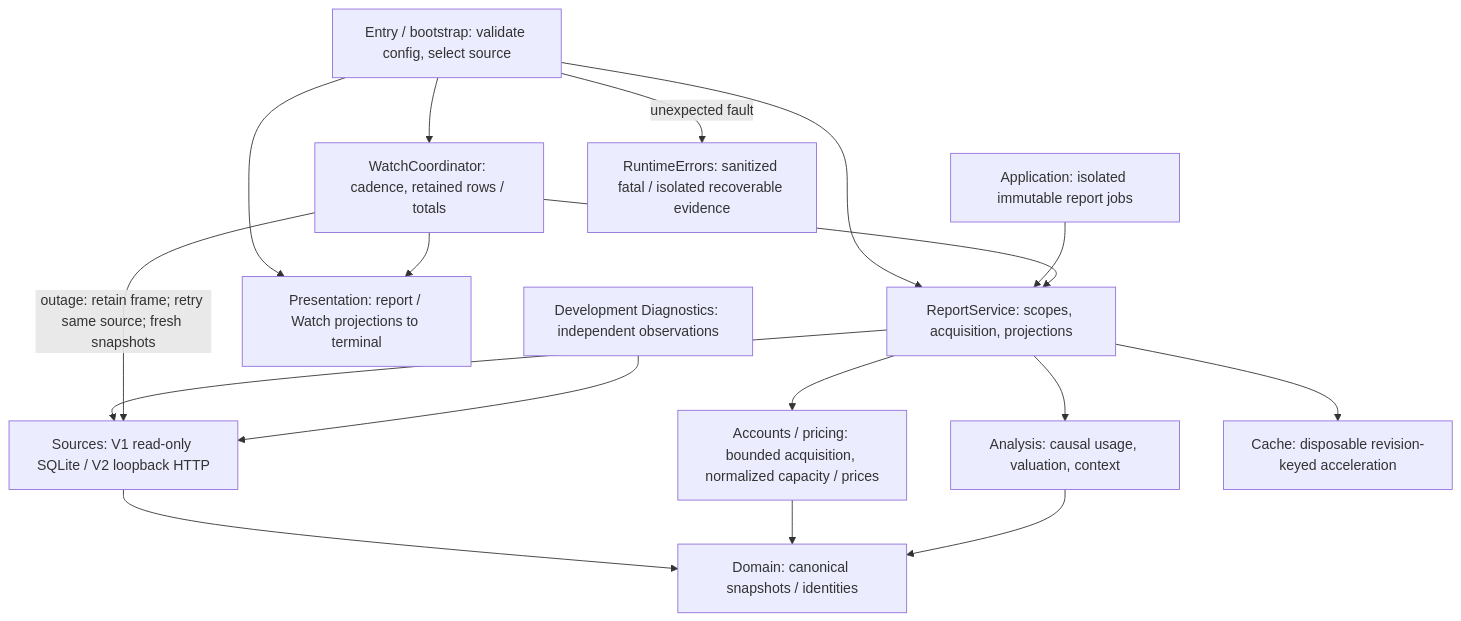
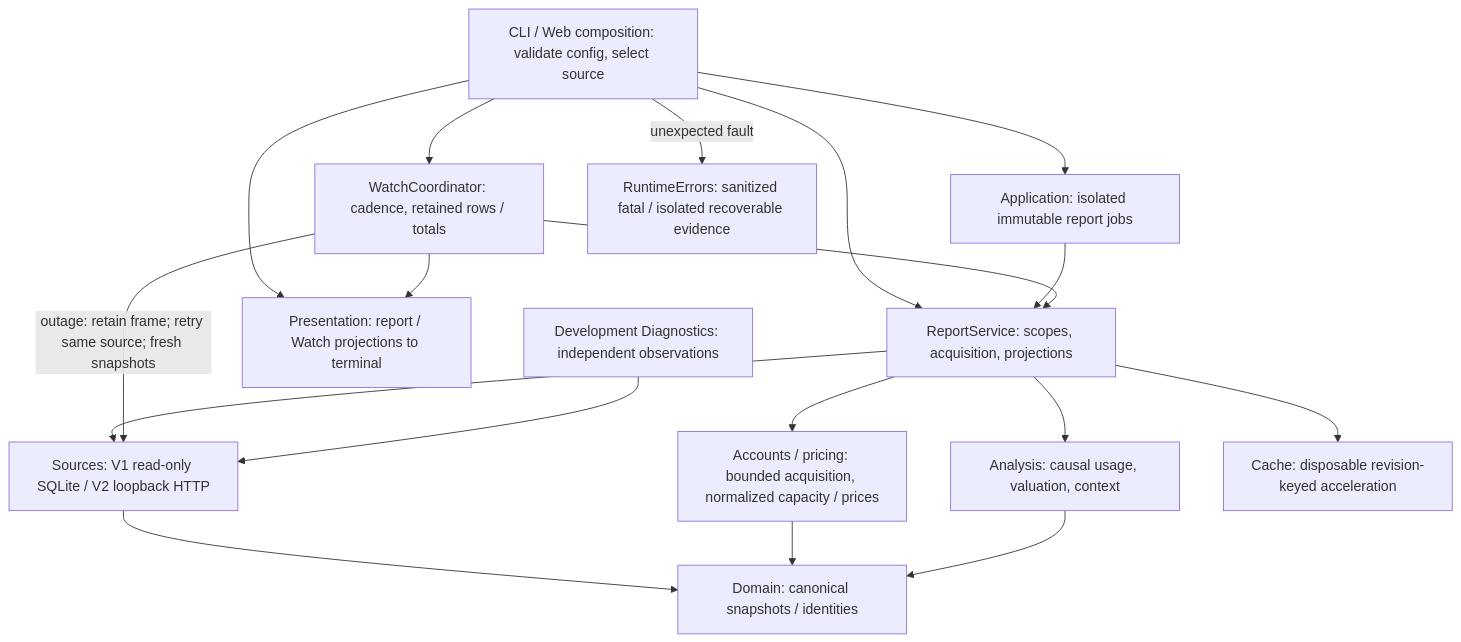
The first of 2 diagrams in development/architecture/OVERVIEW.md (qstoffe/cost-guard), drawn with Mermaid before and after one commit. The commit also changed other lines of this file and 22 other files, not shown here.

````diff
--- a/development/architecture/OVERVIEW.md
+++ b/development/architecture/OVERVIEW.md
@@ -18,19 +18,20 @@
 ```mermaid
 flowchart TD
-    entry["Entry / bootstrap: validate config, select source"] --> reports["ReportService: scopes, acquisition, projections"]
-    application["Application: isolated immutable report jobs"] --> reports
+    entry["CLI / Web composition: validate config, select source"] --> reports["ReportService: scopes, acquisition, projections"]
+    entry --> application["Application: isolated immutable report jobs"]
+    application --> reports
     entry --> watch["WatchCoordinator: cadence, retained rows / totals"]
     watch --> reports
     reports --> sources["Sources: V1 read-only SQLite / V2 loopback HTTP"]
     reports --> providers["Accounts / pricing: bounded acquisition, normalized capacity / prices"]
     sources --> domain["Domain: canonical snapshots / identities"]
     providers --> domain
     reports --> analysis["Analysis: causal usage, valuation, context"]
     analysis --> domain
     reports --> cache["Cache: disposable revision-keyed acceleration"]
     entry --> presentation["Presentation: report / Watch projections to terminal"]
     watch --> presentation
     watch -->|"outage: retain frame; retry same source; fresh snapshots"| sources
     entry -->|"unexpected fault"| faults["RuntimeErrors: sanitized fatal / isolated recoverable evidence"]
     diagnostics["Development Diagnostics: independent observations"] --> sources
 ```
````
